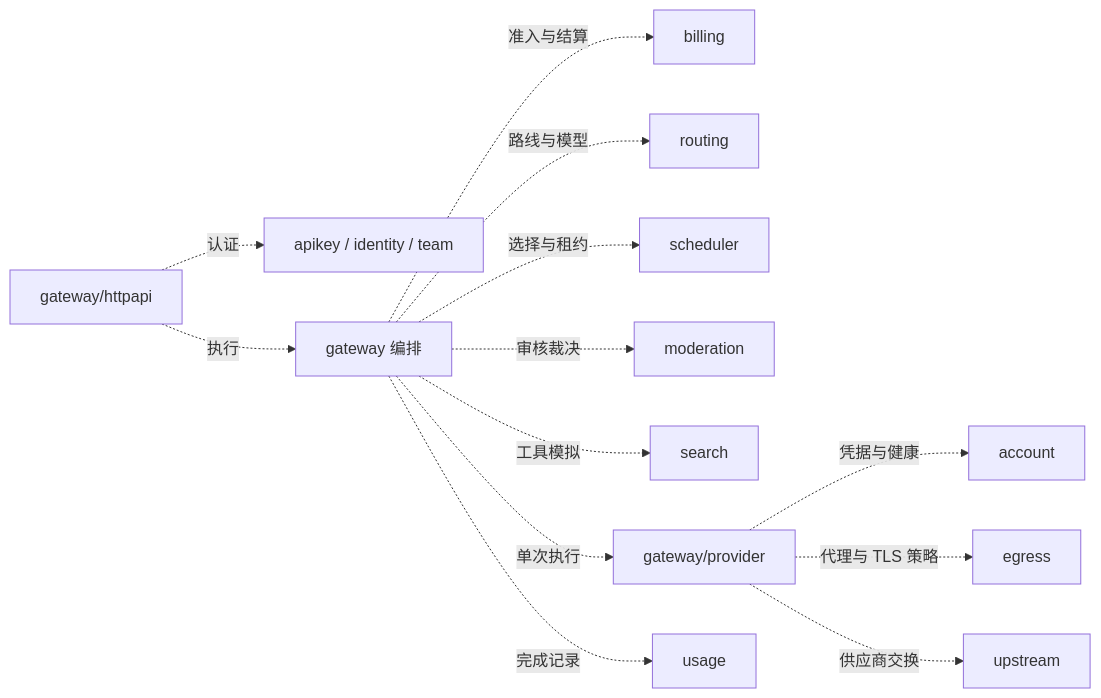
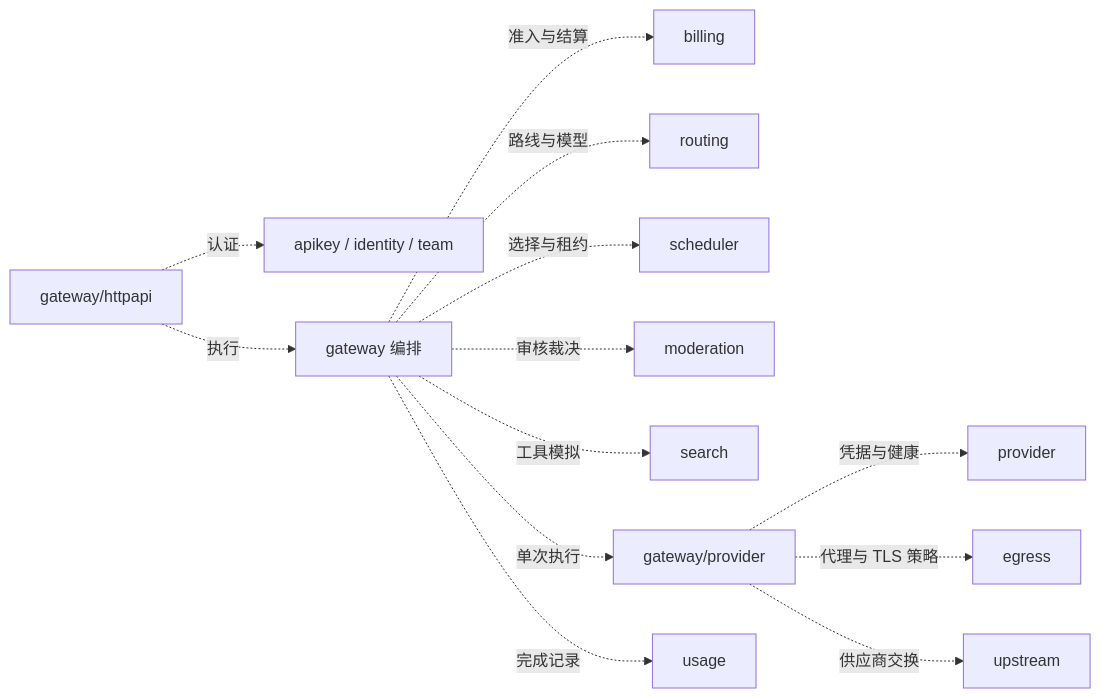
The second of 4 diagrams in docs/architecture/backend_modules.md (SHLE1/TokenRouter), drawn with Mermaid before and after one commit. The commit also changed other lines of this file and 4218 other files, not shown here.

````diff
--- a/docs/architecture/backend_modules.md
+++ b/docs/architecture/backend_modules.md
@@ -343,15 +343,15 @@
 ```mermaid
 flowchart LR
     http["gateway/httpapi"] -. "认证" .-> key["apikey / identity / team"]
     http -. "执行" .-> gateway["gateway 编排"]
     gateway -. "准入与结算" .-> billing["billing"]
     gateway -. "路线与模型" .-> routing["routing"]
     gateway -. "选择与租约" .-> scheduler["scheduler"]
     gateway -. "审核裁决" .-> moderation["moderation"]
     gateway -. "工具模拟" .-> search["search"]
     gateway -. "单次执行" .-> adapter["gateway/provider"]
-    adapter -. "凭据与健康" .-> account["account"]
+    adapter -. "凭据与健康" .-> provider["provider"]
     adapter -. "代理与 TLS 策略" .-> egress["egress"]
     adapter -. "供应商交换" .-> upstream["upstream"]
     gateway -. "完成记录" .-> usage["usage"]
 ```
````
